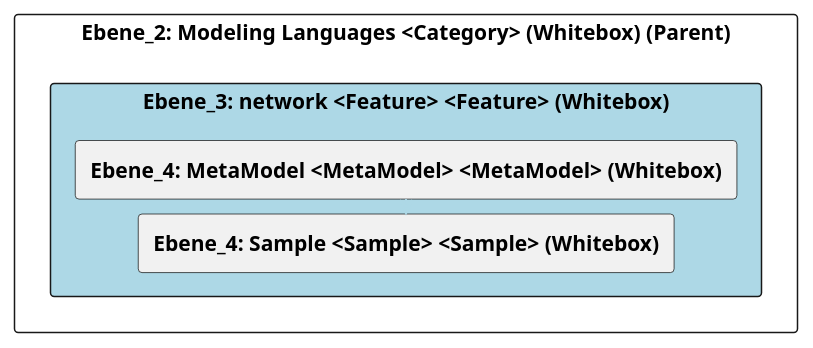
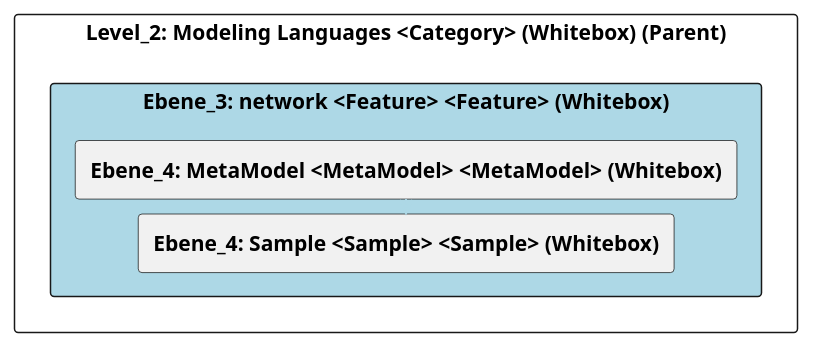
Before and after one commit to marcozwyssig/cleon: the diagram in doc/cleonproject_deliverables_architecture_model_architecture/adoc/de/05_bausteinsicht/cleon/modeling_languages/network/ebene_3_network.adoc, drawn with PlantUML. The commit also changed other lines of this file and 169 other files, not shown here.

```diff
--- a/doc/cleonproject_deliverables_architecture_model_architecture/adoc/de/05_bausteinsicht/cleon/modeling_languages/network/ebene_3_network.adoc
+++ b/doc/cleonproject_deliverables_architecture_model_architecture/adoc/de/05_bausteinsicht/cleon/modeling_languages/network/ebene_3_network.adoc
@@ -20,28 +20,28 @@
 [plantuml, Ebene_3: network <Feature> <Feature> (Whitebox)BlockOverview, format="svg"]
 ----
 @startuml Ebene_3: network <Feature> <Feature> (Whitebox)BuildingBlockOverview
 
 skinparam ranksep 10
 skinparam componentStyle rectangle
 skinparam shadowing false
 skinparam arrowColor lightblue
 skinparam arrowThickness 1.2
 skinparam rectangle {
   BackgroundColor White
   BorderColor #333
   RoundCorner 10
 }
 top to bottom direction
 
-component "Ebene_2: Modeling Languages <Category> (Whitebox) (Parent)" {
+component "Level_2: Modeling Languages <Category> (Whitebox) (Parent)" {
     component "Ebene_3: network <Feature> <Feature> (Whitebox)" #lightblue {
         [**Ebene_4: MetaModel <MetaModel> <MetaModel> (Whitebox)**] as 4A570572_D579_11EE_903E_9F564E4DE07E
         [**Ebene_4: Sample <Sample> <Sample> (Whitebox)**] as 4A56DE48_D579_11EE_903E_9F564E4DE07E
     }
 
     4A570572_D579_11EE_903E_9F564E4DE07E -down-> 4A56DE48_D579_11EE_903E_9F564E4DE07E
     
 }
 
 @enduml
 ----
```
